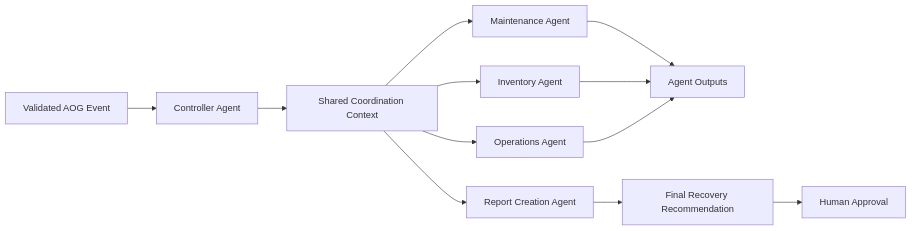
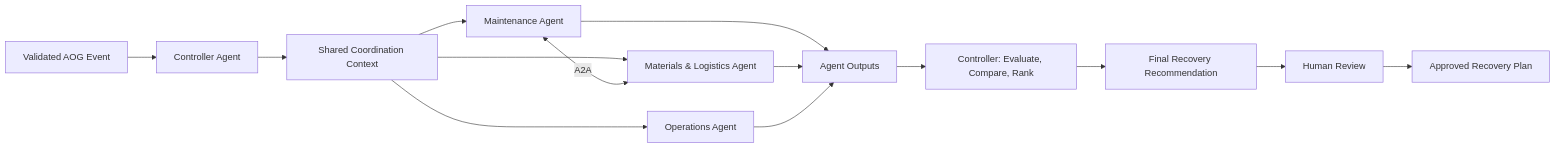
One commit to jguttikonda/fde_us03_cap changed the second of 5 diagrams in docs/proposal.md. Above: the diagram before and after it, drawn with Mermaid. The commit also changed other lines of this file and 9 other files, not shown here.

````diff
--- a/docs/proposal.md
+++ b/docs/proposal.md
@@ -263,14 +286,16 @@
 ```mermaid
 flowchart LR
     Input[Validated AOG Event] --> Controller[Controller Agent]
     Controller --> Shared[Shared Coordination Context]
     Shared --> Maintenance[Maintenance Agent]
-    Shared --> Inventory[Inventory Agent]
+    Shared --> ML[Materials & Logistics Agent]
     Shared --> Operations[Operations Agent]
-    Shared --> Report[Report Creation Agent]
+    Maintenance <-->|A2A| ML
     Maintenance --> Findings[Agent Outputs]
-    Inventory --> Findings
+    ML --> Findings
     Operations --> Findings
-    Report --> Final[Final Recovery Recommendation]
-    Final --> Human[Human Approval]
+    Findings --> Synthesis[Controller: Evaluate, Compare, Rank]
+    Synthesis --> Final[Final Recovery Recommendation]
+    Final --> Human[Human Review]
+    Human --> Approved[Approved Recovery Plan]
 ```
````
